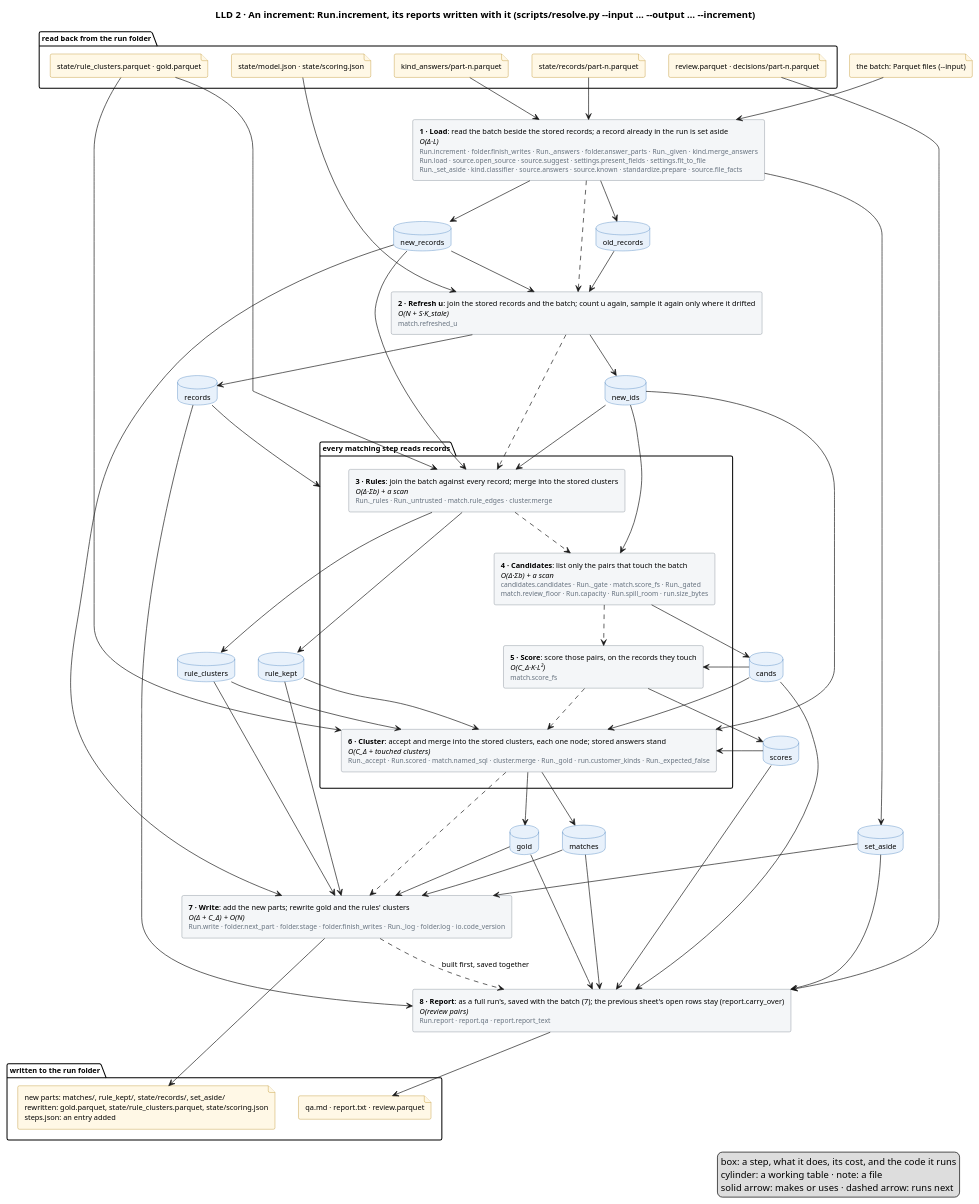
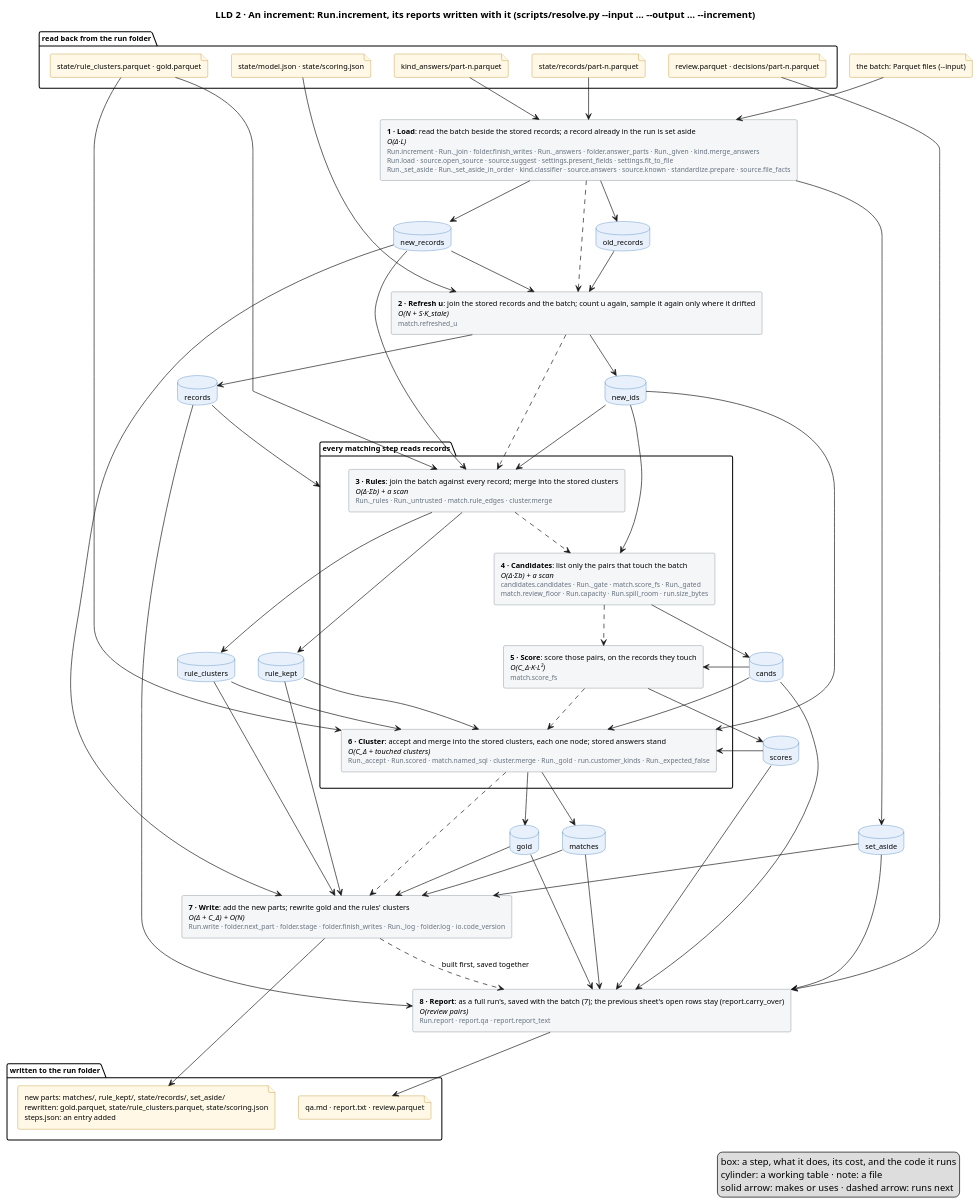
The diagram in docs/diagrams/increment.puml (mvsbm/entity_matching), drawn with PlantUML before and after one commit. The commit also changed 14 other files, not shown here.

```diff
--- a/docs/diagrams/increment.puml
+++ b/docs/diagrams/increment.puml
@@ -1,113 +1,113 @@
 @startuml increment
 title LLD 2 · An increment: Run.increment, its reports written with it (scripts/resolve.py ~--input … ~--output … ~--increment)
 skinparam defaultFontSize 11
 skinparam rectangle {
   BackgroundColor #F4F6F8
   BorderColor #65717E
 }
 skinparam database {
   BackgroundColor #E8F1FB
   BorderColor #2C6DB3
 }
 skinparam file {
   BackgroundColor #FFF8E6
   BorderColor #B07D00
 }
 
 package "read back from the run folder" {
   file "state/model.json · state/scoring.json" as f_model
   file "state/records/part-n.parquet" as f_records
   file "state/rule_clusters.parquet · gold.parquet" as f_clusters
   file "kind_answers/part-n.parquet" as f_answers
   file "review.parquet · decisions/part-n.parquet" as f_sheet
 }
 file "the batch: Parquet files (~--input)" as f_batch
 
 
-rectangle "<b>1 · Load</b>: read the batch beside the stored records; a record already in the run is set aside\n<i>O(Δ·L)</i>\n<size:10><color:#65717E>Run.increment · folder.finish_writes · Run._answers · folder.answer_parts · Run._given · kind.merge_answers</color></size>\n<size:10><color:#65717E>Run.load · source.open_source · source.suggest · settings.present_fields · settings.fit_to_file</color></size>\n<size:10><color:#65717E>Run._set_aside · kind.classifier · source.answers · source.known · standardize.prepare · source.file_facts</color></size>" as load
+rectangle "<b>1 · Load</b>: read the batch beside the stored records; a record already in the run is set aside\n<i>O(Δ·L)</i>\n<size:10><color:#65717E>Run.increment · Run._join · folder.finish_writes · Run._answers · folder.answer_parts · Run._given · kind.merge_answers</color></size>\n<size:10><color:#65717E>Run.load · source.open_source · source.suggest · settings.present_fields · settings.fit_to_file</color></size>\n<size:10><color:#65717E>Run._set_aside · Run._set_aside_in_order · kind.classifier · source.answers · source.known · standardize.prepare · source.file_facts</color></size>" as load
 rectangle "<b>2 · Refresh u</b>: join the stored records and the batch; count u again, sample it again only where it drifted\n<i>O(N + S·K_stale)</i>\n<size:10><color:#65717E>match.refreshed_u</color></size>" as fit
 package "every matching step reads records" as matching {
   rectangle "<b>3 · Rules</b>: join the batch against every record; merge into the stored clusters\n<i>O(Δ·Σb) + a scan</i>\n<size:10><color:#65717E>Run._rules · Run._untrusted · match.rule_edges · cluster.merge</color></size>" as rules
   rectangle "<b>4 · Candidates</b>: list only the pairs that touch the batch\n<i>O(Δ·Σb) + a scan</i>\n<size:10><color:#65717E>candidates.candidates · Run._gate · match.score_fs · Run._gated</color></size>\n<size:10><color:#65717E>match.review_floor · Run.capacity · Run.spill_room · run.size_bytes</color></size>" as candidates
   rectangle "<b>5 · Score</b>: score those pairs, on the records they touch\n<i>O(C_Δ·K·L²)</i>\n<size:10><color:#65717E>match.score_fs</color></size>" as score
   rectangle "<b>6 · Cluster</b>: accept and merge into the stored clusters, each one node; stored answers stand\n<i>O(C_Δ + touched clusters)</i>\n<size:10><color:#65717E>Run._accept · Run.scored · match.named_sql · cluster.merge · Run._gold · run.customer_kinds · Run._expected_false</color></size>" as cluster
 }
 rectangle "<b>7 · Write</b>: add the new parts; rewrite gold and the rules' clusters\n<i>O(Δ + C_Δ) + O(N)</i>\n<size:10><color:#65717E>Run.write · folder.next_part · folder.stage · folder.finish_writes · Run._log · folder.log · io.code_version</color></size>" as write
 rectangle "<b>8 · Report</b>: as a full run's, saved with the batch (7); the previous sheet's open rows stay (report.carry_over)\n<i>O(review pairs)</i>\n<size:10><color:#65717E>Run.report · report.qa · report.report_text</color></size>" as report
 database "old_records" as old_records
 database "new_records" as new_records
 database "set_aside" as set_aside
 database "records" as records
 database "new_ids" as new_ids
 database "rule_clusters" as rule_clusters
 database "rule_kept" as rule_kept
 database "cands" as cands
 database "scores" as scores
 database "matches" as matches
 database "gold" as gold
 
 package "written to the run folder" {
   file "new parts: matches/, rule_kept/, state/records/, set_aside/\nrewritten: gold.parquet, state/rule_clusters.parquet, state/scoring.json\nsteps.json: an entry added" as f_out
   file "qa.md · report.txt · review.parquet" as f_people
 }
 
 f_batch --> load
 f_records --> load
 f_answers --> load
 f_model --> fit
 f_clusters --> rules
 f_clusters --> cluster
 f_sheet --> report
 
 load ..> fit
 fit ..> rules
 rules ..> candidates
 candidates ..> score
 score ..> cluster
 cluster ..> write
 write ..> report : built first, saved together
 
 load --> old_records
 load --> new_records
 load --> set_aside
 old_records --> fit
 new_records --> fit
 fit --> records
 fit --> new_ids
 records --> matching
 new_records --> rules
 new_ids --> rules
 rules --> rule_clusters
 rules --> rule_kept
 new_ids --> candidates
 candidates --> cands
 cands --> score
 score --> scores
 new_ids --> cluster
 rule_clusters --> cluster
 rule_kept --> cluster
 cands --> cluster
 scores --> cluster
 cluster --> matches
 cluster --> gold
 new_records --> write
 rule_clusters --> write
 rule_kept --> write
 matches --> write
 gold --> write
 set_aside --> write
 records --> report
 cands --> report
 scores --> report
 matches --> report
 gold --> report
 set_aside --> report
 
 write --> f_out
 report --> f_people
 legend right
   box: a step, what it does, its cost, and the code it runs
   cylinder: a working table · note: a file
   solid arrow: makes or uses · dashed arrow: runs next
 endlegend
 @enduml
```
